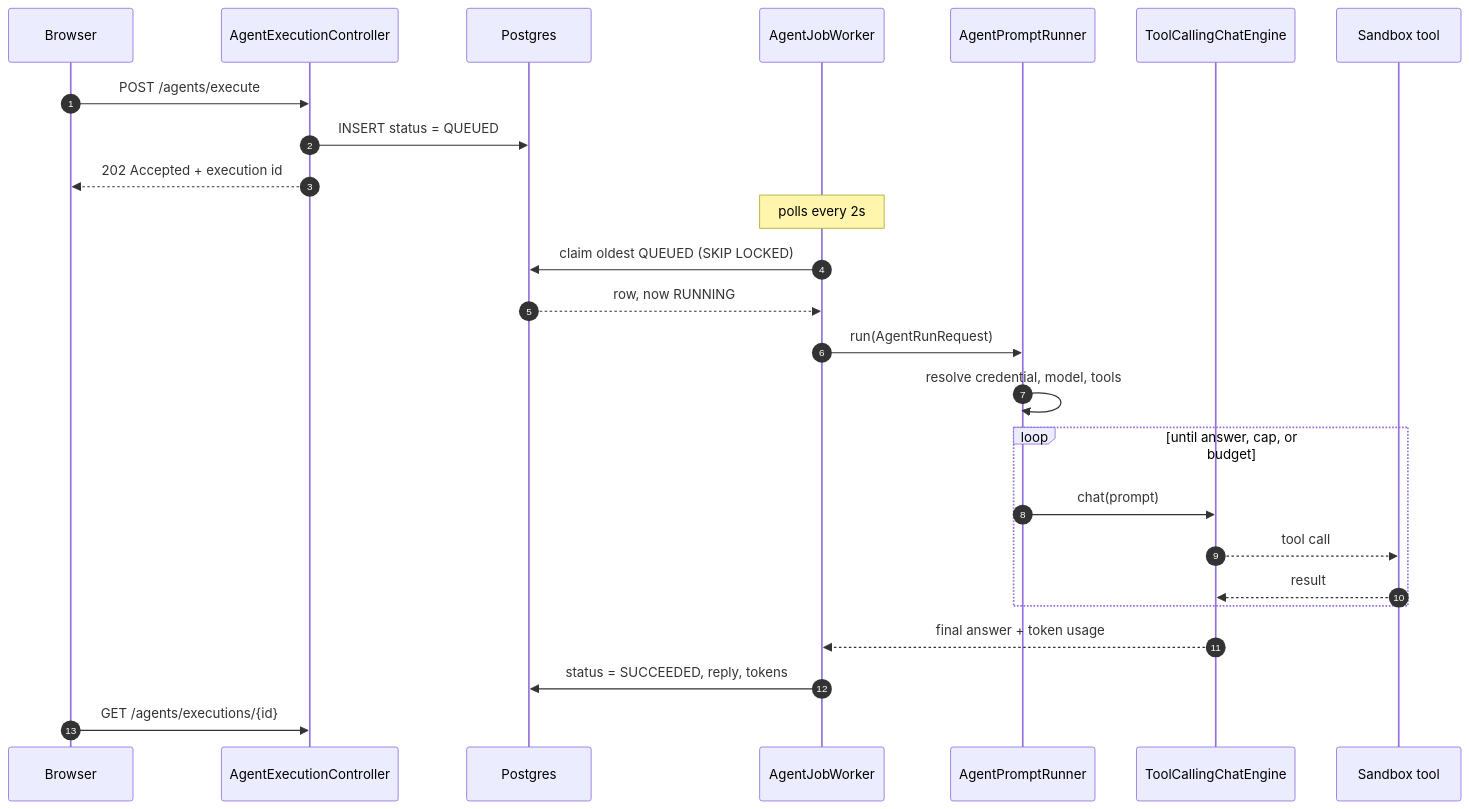
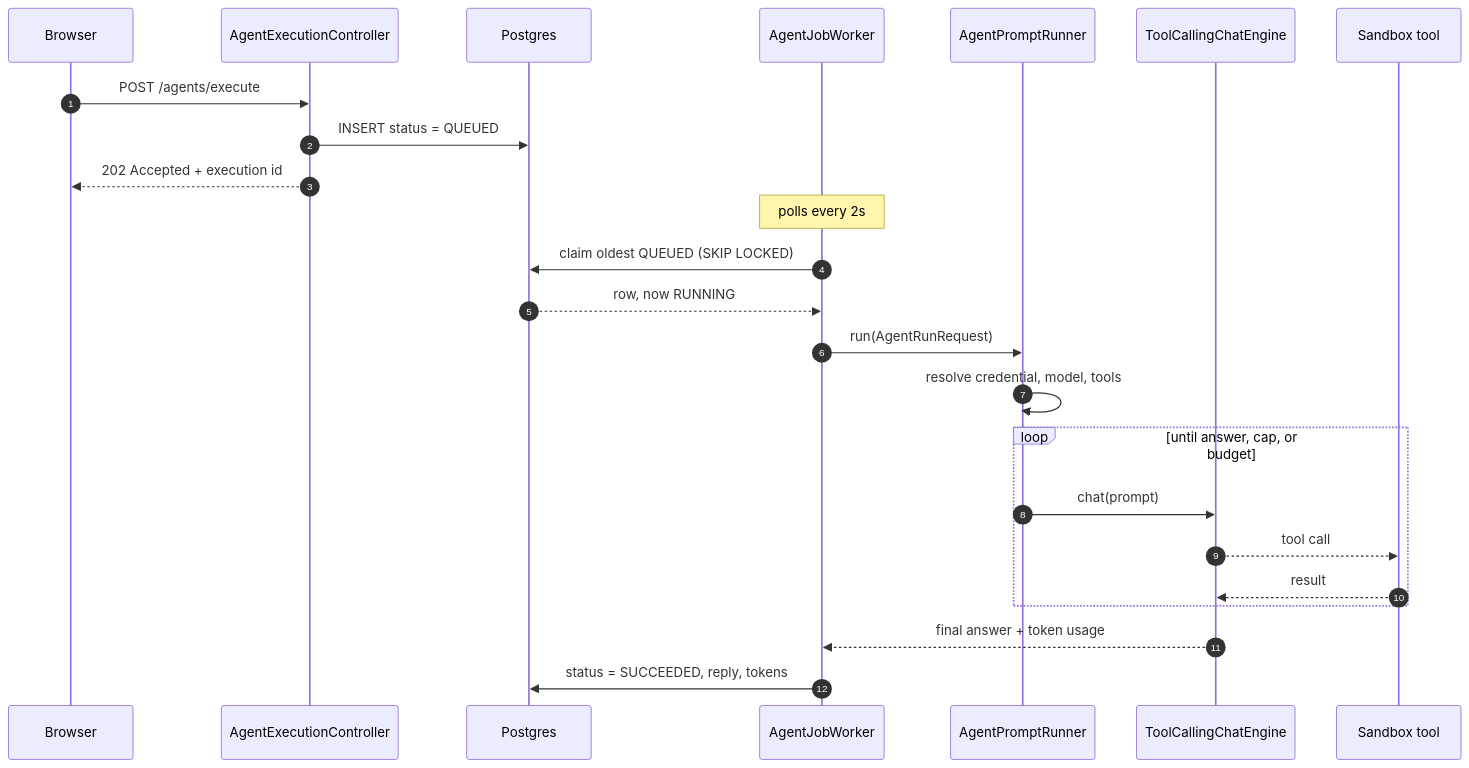
One commit to pedes1999/enterprise-ai-agent-hub changed the third of 5 diagrams in README.md. Above: the diagram before and after it, drawn with Mermaid. The commit also changed other lines of this file and 21 other files, not shown here.

````diff
--- a/README.md
+++ b/README.md
@@ -144,28 +119,27 @@
 ```mermaid
 sequenceDiagram
     autonumber
     participant U as Browser
     participant C as AgentExecutionController
     participant DB as Postgres
     participant W as AgentJobWorker
     participant R as AgentPromptRunner
     participant E as ToolCallingChatEngine
     participant T as Sandbox tool
 
     U->>C: POST /agents/execute
     C->>DB: INSERT status = QUEUED
     C-->>U: 202 Accepted + execution id
     Note over W: polls every 2s
     W->>DB: claim oldest QUEUED (SKIP LOCKED)
     DB-->>W: row, now RUNNING
     W->>R: run(AgentRunRequest)
     R->>R: resolve credential, model, tools
     loop until answer, cap, or budget
         R->>E: chat(prompt)
         E-->>T: tool call
         T-->>E: result
     end
     E-->>W: final answer + token usage
     W->>DB: status = SUCCEEDED, reply, tokens
-    U->>C: GET /agents/executions/{id}
 ```
````
